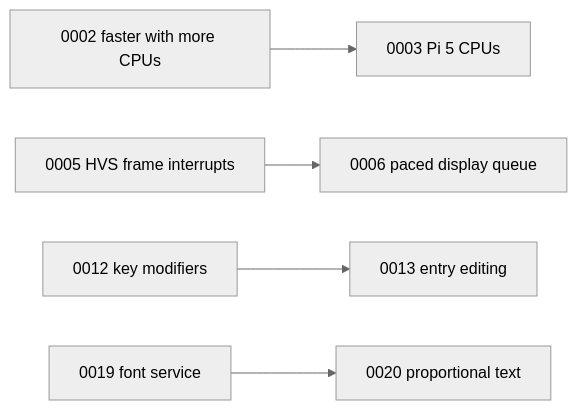
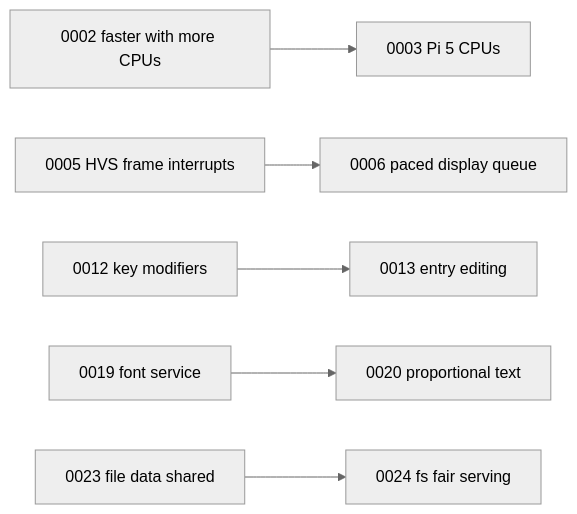
One commit to misleb/L0S changed the diagram in roadmap/INDEX.md. Above: the diagram before and after it, drawn with Mermaid (neutral theme). The commit also changed other lines of this file and 1 other file, not shown here.

Commit message:
Write roadmap 0024: fs serves its clients fairly, small requests first
fs serves its port in order, each request to its end, so a cheap one
waits behind dear ones, longer once 0023's runs of 64 KB land, and a
client that does not wait for answers can fill its queue. The goal has
fs take every message waiting, serve notices first, then requests by a
byte budget for each pid, with a bound on a pid's pending requests.

````diff
--- a/roadmap/INDEX.md
+++ b/roadmap/INDEX.md
@@ -58,7 +59,8 @@
 ```mermaid
 graph LR
   0002[0002 faster with more CPUs] --> 0003[0003 Pi 5 CPUs]
   0005[0005 HVS frame interrupts] --> 0006[0006 paced display queue]
   0012[0012 key modifiers] --> 0013[0013 entry editing]
   0019[0019 font service] --> 0020[0020 proportional text]
+  0023[0023 file data shared] --> 0024[0024 fs fair serving]
 ```
````
